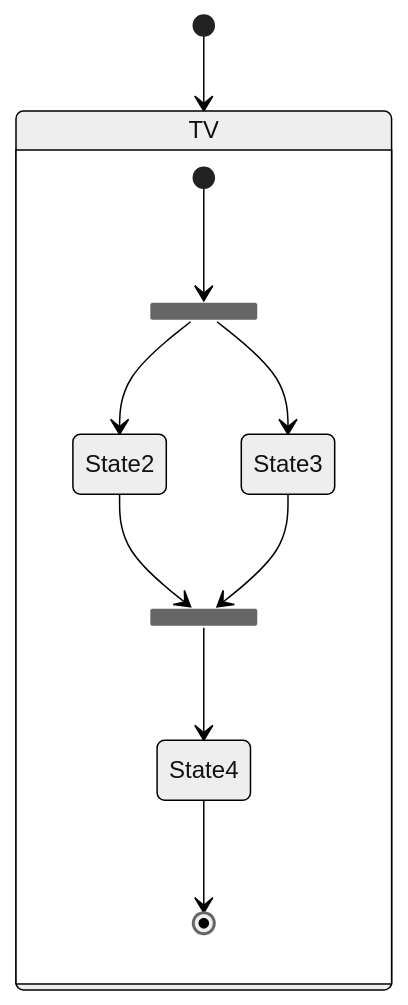
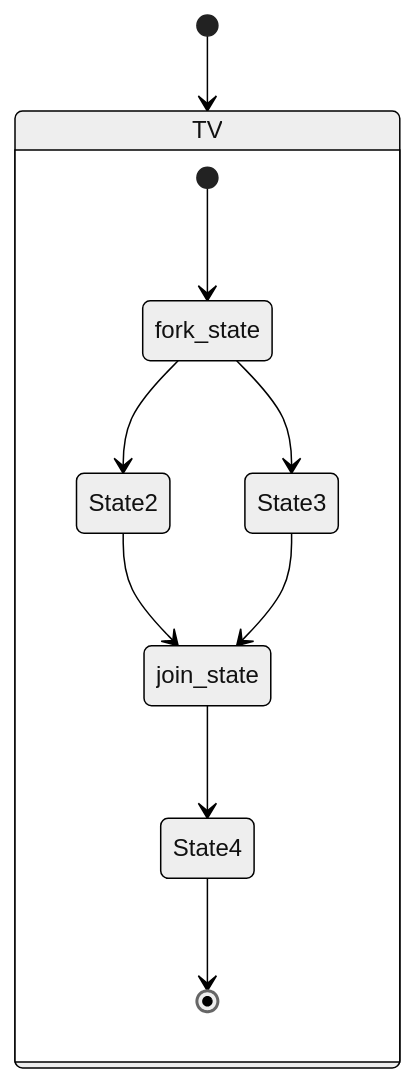
Before and after one commit to pbrolin47/mermaid-pbrolin47: the diagram in e2e/diagrams/state-diagram/pr/should-render-forks-in-composit-states.mmd, drawn with Mermaid (neutral theme). The commit also changed 8 other files, not shown here.

```diff
--- a/e2e/diagrams/state-diagram/pr/should-render-forks-in-composit-states.mmd
+++ b/e2e/diagrams/state-diagram/pr/should-render-forks-in-composit-states.mmd
@@ -1,24 +1,24 @@
 ---
 description: >-
   Legacy v1 state diagram with the same fork/join pattern as
   should-render-forks-and-joins.mmd, but nested one level deep inside a
   composite state (TV) rather than at the diagram's top level.
 config:
   logLevel: 0
   fontFamily: courier
 ---
 stateDiagram
   [*]-->TV
 
   state TV {
-  state fork_state <<fork>>
+  state fork_state &lt;&lt;fork&gt;&gt;
   [*] --> fork_state
   fork_state --> State2
   fork_state --> State3
 
-  state join_state <<join>>
+  state join_state &lt;&lt;join&gt;&gt;
   State2 --> join_state
   State3 --> join_state
   join_state --> State4
   State4 --> [*]
   }
```
